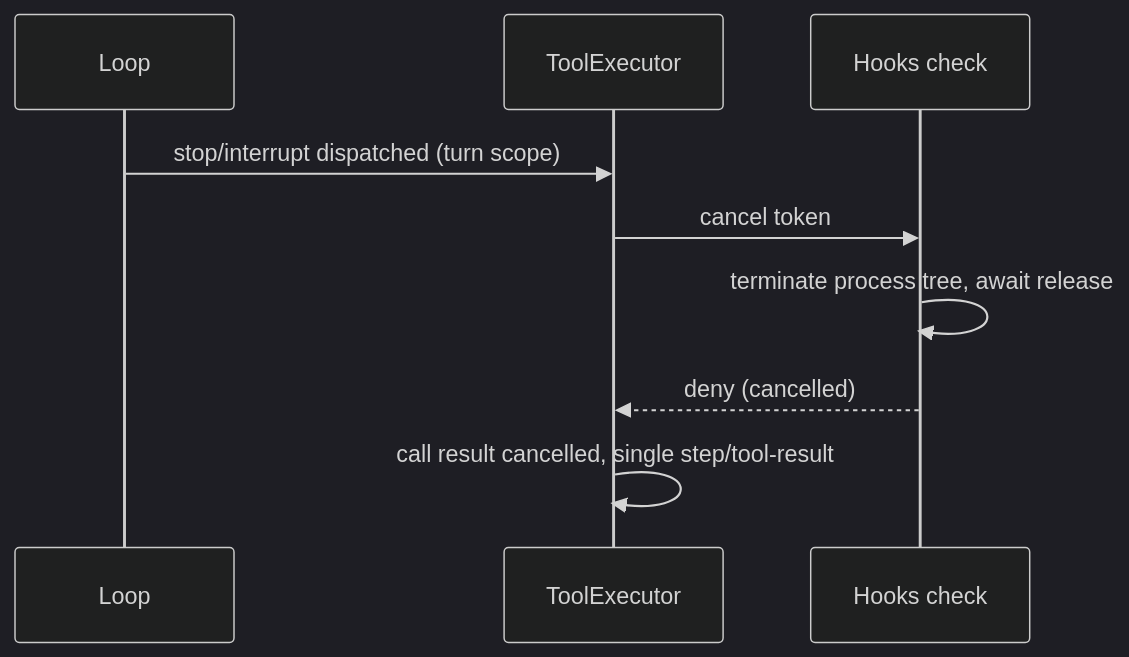
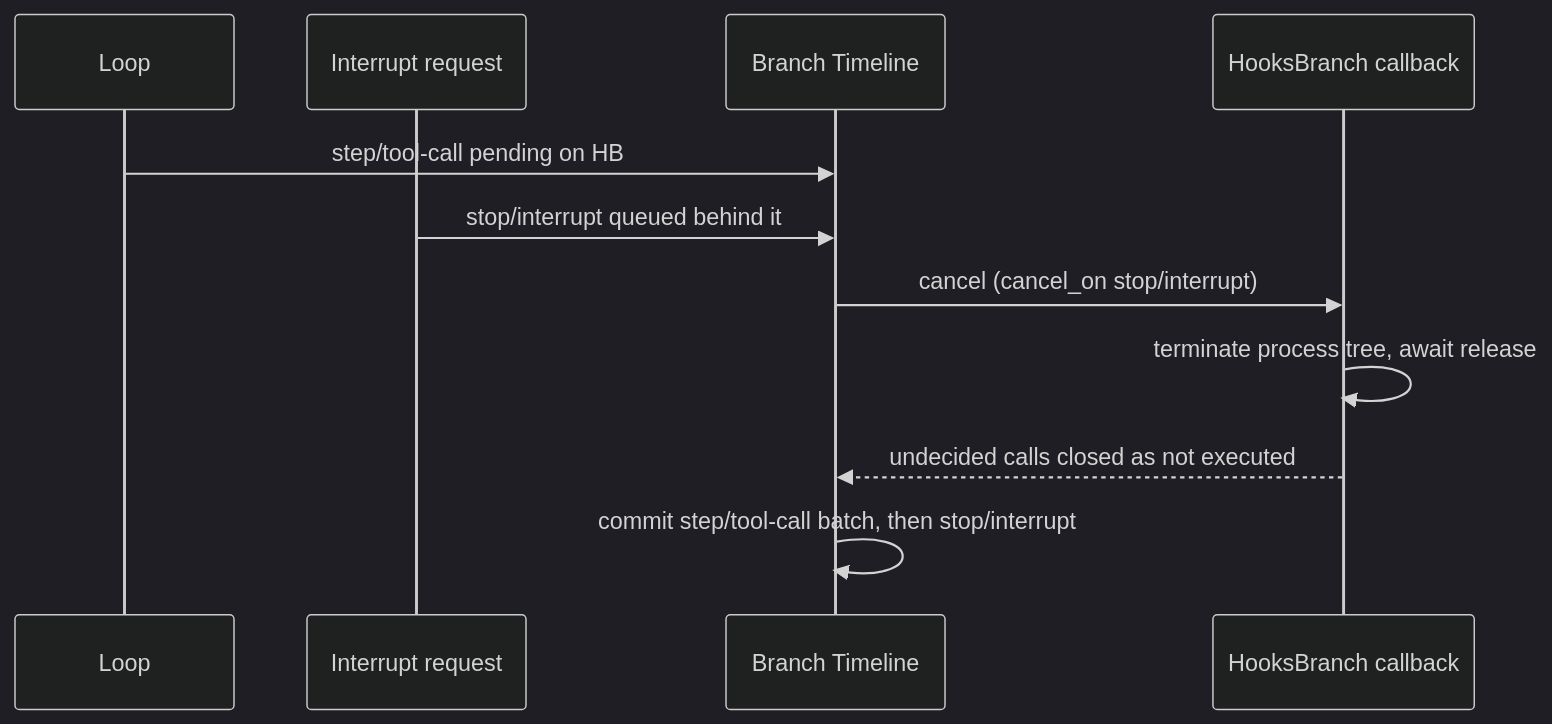
The seventh of 7 diagrams in docs/design/plugins/Hooks.md (CoutinhoTTS/dim-agent), drawn with Mermaid (dark theme) before and after one commit. The commit also changed other lines of this file and 18 other files, not shown here.

````diff
--- a/docs/design/plugins/Hooks.md
+++ b/docs/design/plugins/Hooks.md
@@ -162,11 +168,13 @@
 ```mermaid
 sequenceDiagram
-  participant L as Loop
-  participant TE as ToolExecutor
-  participant HB as Hooks check
-  L->>TE: stop/interrupt dispatched (turn scope)
-  TE->>HB: cancel token
+  participant LP as Loop
+  participant U as Interrupt request
+  participant TL as Branch Timeline
+  participant HB as HooksBranch callback
+  LP->>TL: step/tool-call pending on HB
+  U->>TL: stop/interrupt queued behind it
+  TL->>HB: cancel (cancel_on stop/interrupt)
   HB->>HB: terminate process tree, await release
-  HB-->>TE: deny (cancelled)
-  TE->>TE: call result cancelled, single step/tool-result
+  HB-->>TL: undecided calls closed as not executed
+  TL->>TL: commit step/tool-call batch, then stop/interrupt
 ```
````
